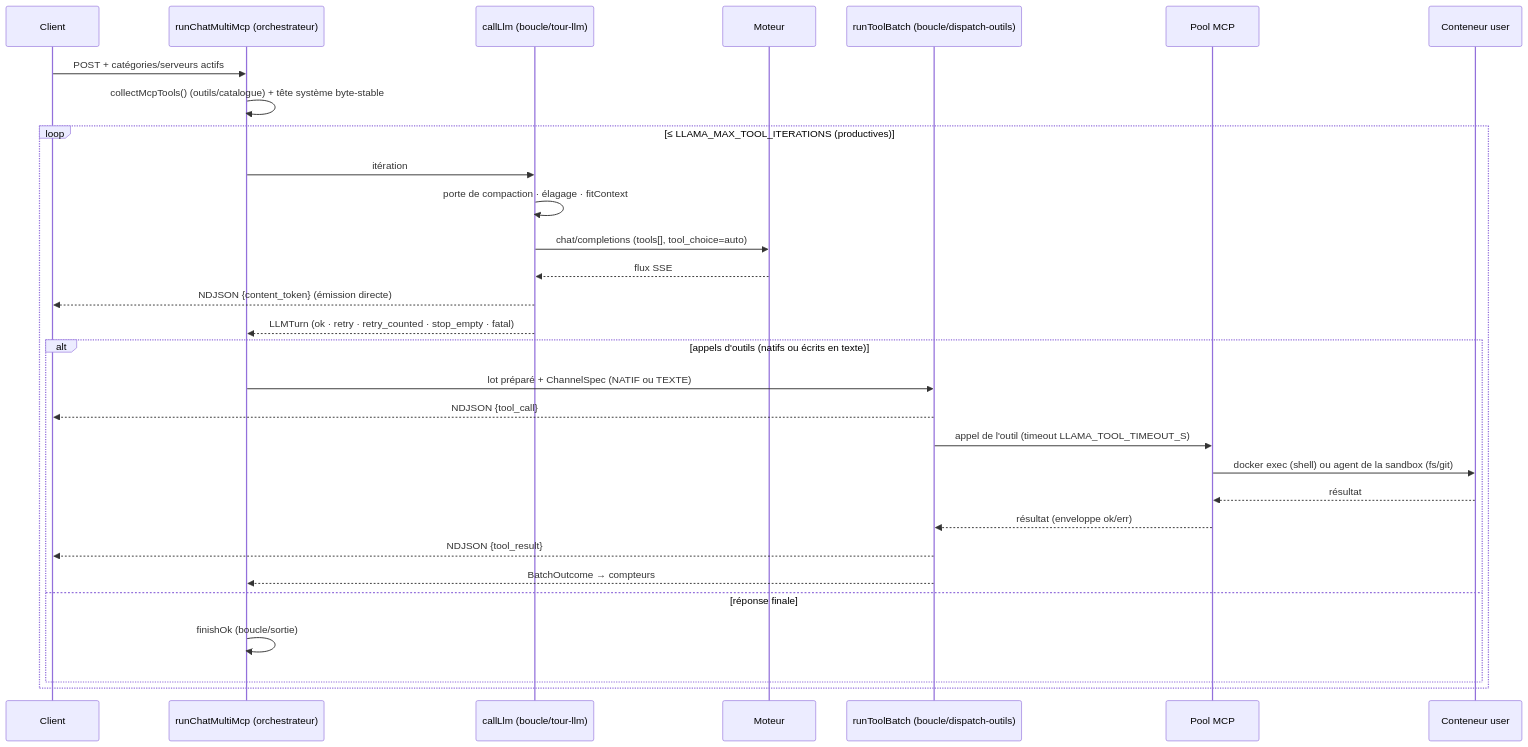
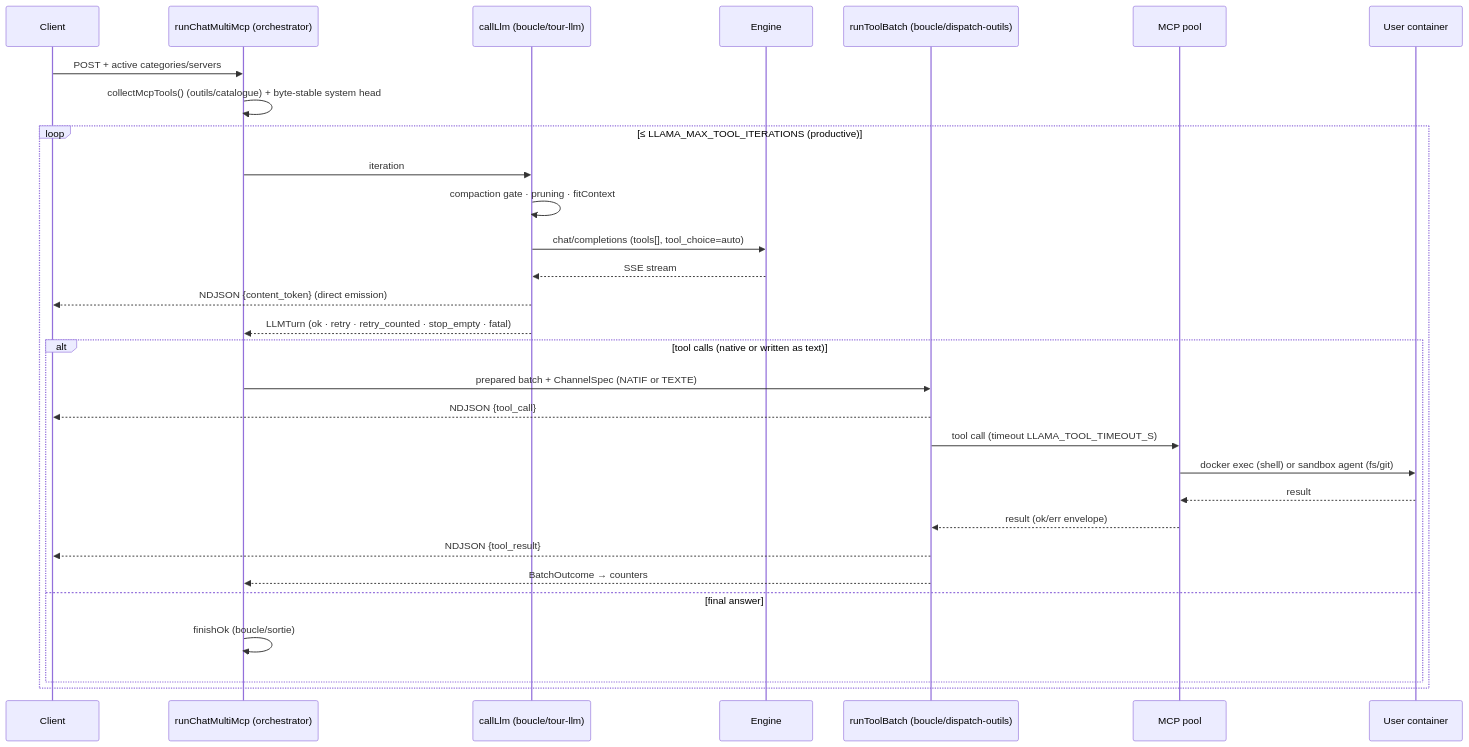
Diagram 11 of 16 in docs/architecture.md (toto-fou/Elpis), drawn with Mermaid before and after one commit. The commit also changed other lines of this file and 43 other files, not shown here.

````diff
--- a/docs/architecture.md
+++ b/docs/architecture.md
@@ -1285,32 +1287,32 @@
 ```mermaid
 sequenceDiagram
     participant C as Client
-    participant A as runChatMultiMcp (orchestrateur)
+    participant A as runChatMultiMcp (orchestrator)
     participant T as callLlm (boucle/tour-llm)
-    participant L as Moteur
+    participant L as Engine
     participant D as runToolBatch (boucle/dispatch-outils)
-    participant M as Pool MCP
-    participant S as Conteneur user
-    C->>A: POST + catégories/serveurs actifs
-    A->>A: collectMcpTools() (outils/catalogue) + tête système byte-stable
-    loop ≤ LLAMA_MAX_TOOL_ITERATIONS (productives)
-        A->>T: itération
-        T->>T: porte de compaction · élagage · fitContext
+    participant M as MCP pool
+    participant S as User container
+    C->>A: POST + active categories/servers
+    A->>A: collectMcpTools() (outils/catalogue) + byte-stable system head
+    loop ≤ LLAMA_MAX_TOOL_ITERATIONS (productive)
+        A->>T: iteration
+        T->>T: compaction gate · pruning · fitContext
         T->>L: chat/completions (tools[], tool_choice=auto)
-        L-->>T: flux SSE
-        T-->>C: NDJSON {content_token} (émission directe)
+        L-->>T: SSE stream
+        T-->>C: NDJSON {content_token} (direct emission)
         T-->>A: LLMTurn (ok · retry · retry_counted · stop_empty · fatal)
-        alt appels d'outils (natifs ou écrits en texte)
-            A->>D: lot préparé + ChannelSpec (NATIF ou TEXTE)
+        alt tool calls (native or written as text)
+            A->>D: prepared batch + ChannelSpec (NATIF or TEXTE)
             D-->>C: NDJSON {tool_call}
-            D->>M: appel de l'outil (timeout LLAMA_TOOL_TIMEOUT_S)
-            M->>S: docker exec (shell) ou agent de la sandbox (fs/git)
-            S-->>M: résultat
-            M-->>D: résultat (enveloppe ok/err)
+            D->>M: tool call (timeout LLAMA_TOOL_TIMEOUT_S)
+            M->>S: docker exec (shell) or sandbox agent (fs/git)
+            S-->>M: result
+            M-->>D: result (ok/err envelope)
             D-->>C: NDJSON {tool_result}
-            D-->>A: BatchOutcome → compteurs
-        else réponse finale
+            D-->>A: BatchOutcome → counters
+        else final answer
             A->>A: finishOk (boucle/sortie)
         end
     end
 ```
````
